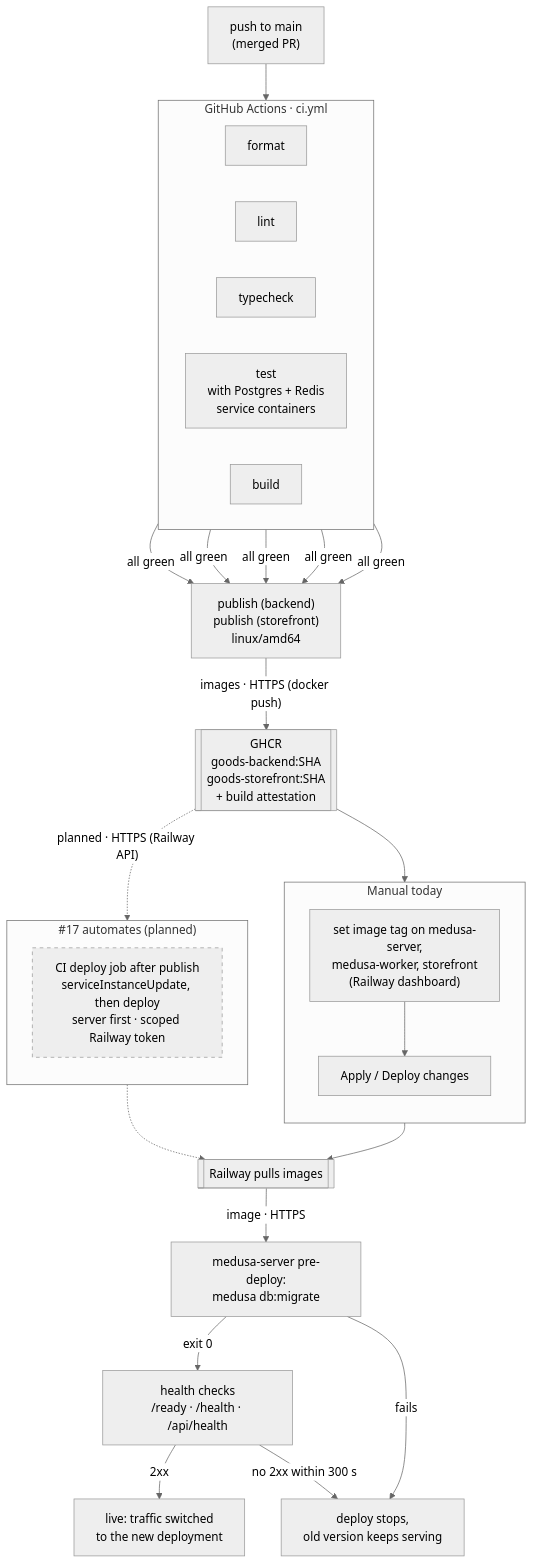
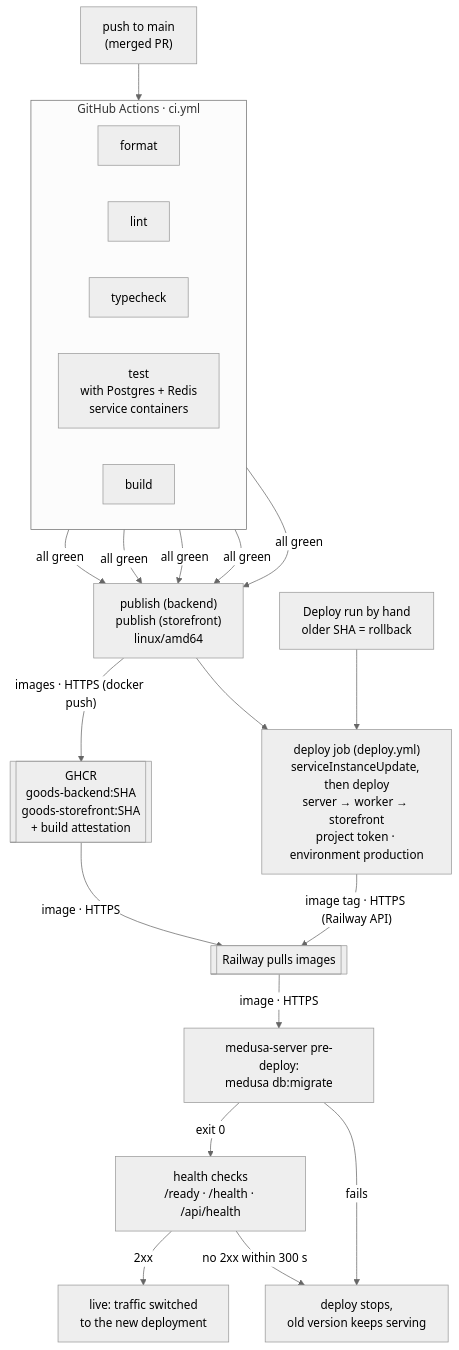
The third of 11 diagrams in docs/architecture/overview.md (Tirso0882/goods), drawn with Mermaid (neutral theme) before and after one commit. The commit also changed other lines of this file and 1 other file, not shown here.

Commit message:
docs(runbooks): record the first CI deploy and the rollback drill (#17) (#65)

````diff
--- a/docs/architecture/overview.md
+++ b/docs/architecture/overview.md
@@ -99,48 +99,38 @@
 ```mermaid
 flowchart TB
   push["push to main<br/>(merged PR)"]
 
   subgraph ci["GitHub Actions · ci.yml"]
     direction LR
     fmt["format"]
     lint["lint"]
     tc["typecheck"]
     test["test<br/>with Postgres + Redis<br/>service containers"]
     build["build"]
   end
 
   pub["publish (backend)<br/>publish (storefront)<br/>linux/amd64"]
   ghcr[["GHCR<br/>goods-backend:SHA<br/>goods-storefront:SHA<br/>+ build attestation"]]
 
-  subgraph manual["Manual today"]
-    direction TB
-    set["set image tag on medusa-server,<br/>medusa-worker, storefront<br/>(Railway dashboard)"]
-    apply["Apply / Deploy changes"]
-  end
-
-  subgraph auto["#17 automates (planned)"]
-    direction TB
-    job["CI deploy job after publish<br/>serviceInstanceUpdate, then deploy<br/>server first · scoped Railway token"]
-  end
+  job["deploy job (deploy.yml)<br/>serviceInstanceUpdate, then deploy<br/>server → worker → storefront<br/>project token · environment production"]
+  rb["Deploy run by hand<br/>older SHA = rollback"]
 
   pull[["Railway pulls images"]]
   mig["medusa-server pre-deploy:<br/>medusa db:migrate"]
   hc["health checks<br/>/ready · /health · /api/health"]
   live["live: traffic switched<br/>to the new deployment"]
   fail["deploy stops,<br/>old version keeps serving"]
 
   push --> ci
   fmt & lint & tc & test & build -->|"all green"| pub
   pub -->|"images · HTTPS (docker push)"| ghcr
-  ghcr --> set --> apply --> pull
-  ghcr -.->|"planned · HTTPS (Railway API)"| job
-  job -.-> pull
+  pub --> job
+  rb --> job
+  job -->|"image tag · HTTPS (Railway API)"| pull
+  ghcr -->|"image · HTTPS"| pull
   pull -->|"image · HTTPS"| mig
   mig -->|"exit 0"| hc
   mig -->|"fails"| fail
   hc -->|"2xx"| live
   hc -->|"no 2xx within 300 s"| fail
-
-  classDef planned stroke-dasharray: 5 5
-  class job planned
 ```
````
